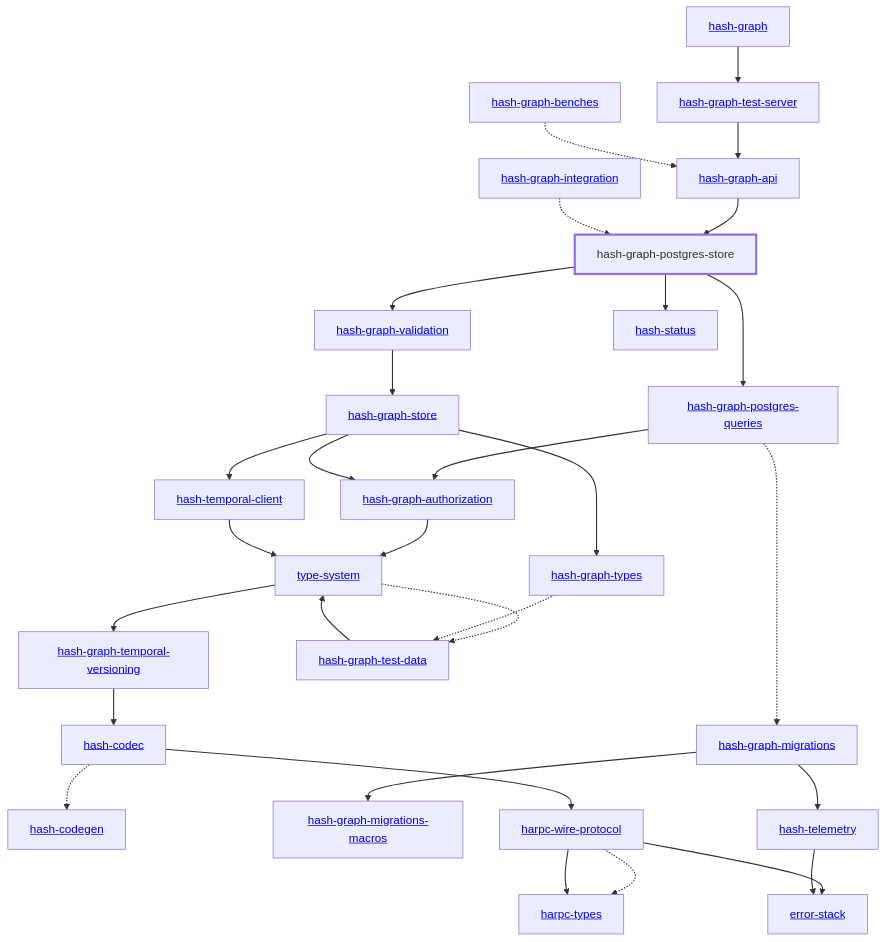
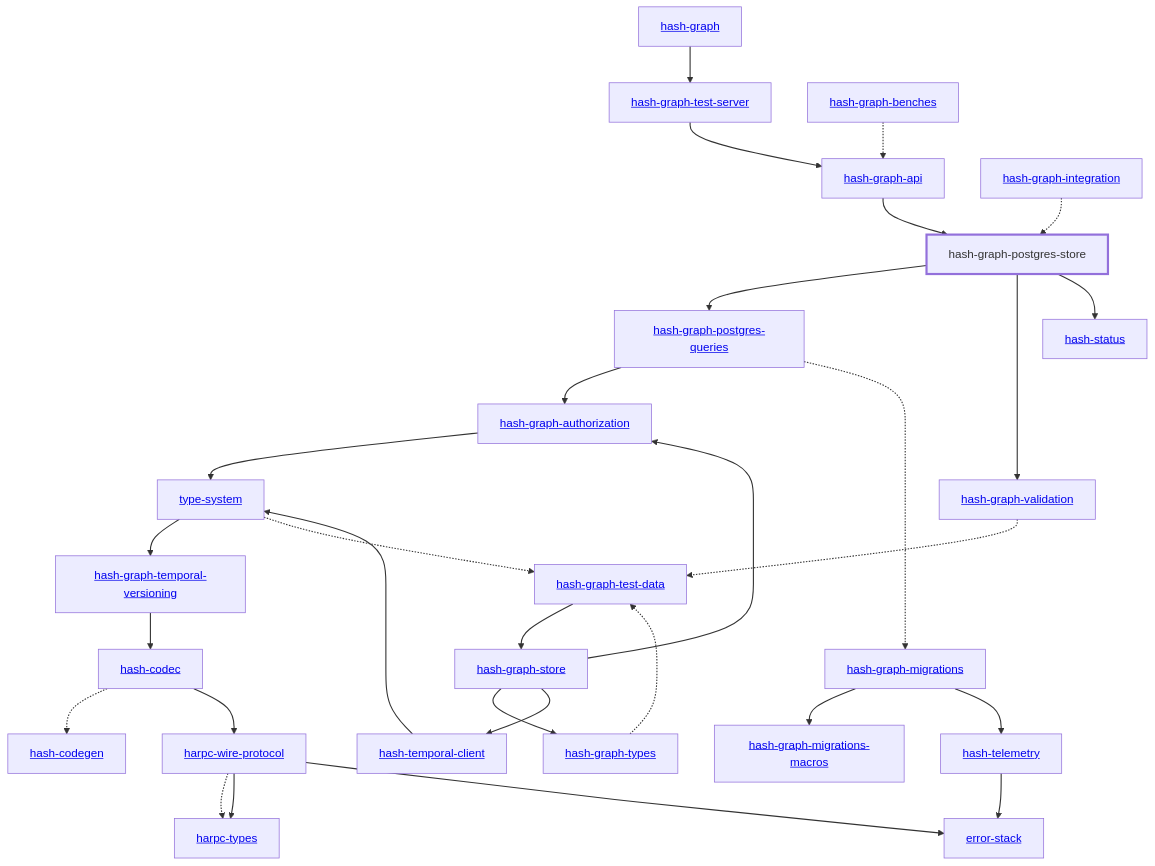
Before and after one commit to hashintel/hash: the diagram in libs/@local/graph/postgres-store/docs/dependency-diagram.mmd, drawn with Mermaid. The commit also changed 41 other files, not shown here.

```diff
--- a/libs/@local/graph/postgres-store/docs/dependency-diagram.mmd
+++ b/libs/@local/graph/postgres-store/docs/dependency-diagram.mmd
@@ -1,64 +1,64 @@
 graph TD
     linkStyle default stroke-width:1.5px
     classDef default stroke-width:1px
     classDef root stroke-width:3px
     classDef dev stroke-width:1px
     classDef build stroke-width:1px
     %% Legend
     %% --> : Normal dependency
     %% -.-> : Dev dependency
     %% ---> : Build dependency
     0[<a href="../hash_graph/index.html">hash-graph</a>]
     1[<a href="../type_system/index.html">type-system</a>]
     2[<a href="../hash_codec/index.html">hash-codec</a>]
     3[<a href="../hash_codegen/index.html">hash-codegen</a>]
     4[<a href="../hash_graph_api/index.html">hash-graph-api</a>]
     5[<a href="../hash_graph_authorization/index.html">hash-graph-authorization</a>]
     6[<a href="../hash_graph_migrations/index.html">hash-graph-migrations</a>]
     7[<a href="../hash_graph_migrations_macros/index.html">hash-graph-migrations-macros</a>]
     8[<a href="../hash_graph_postgres_queries/index.html">hash-graph-postgres-queries</a>]
     9[hash-graph-postgres-store]
     class 9 root
     10[<a href="../hash_graph_store/index.html">hash-graph-store</a>]
     11[<a href="../hash_graph_temporal_versioning/index.html">hash-graph-temporal-versioning</a>]
     12[<a href="../hash_graph_test_server/index.html">hash-graph-test-server</a>]
     13[<a href="../hash_graph_types/index.html">hash-graph-types</a>]
     14[<a href="../hash_graph_validation/index.html">hash-graph-validation</a>]
     15[<a href="../harpc_types/index.html">harpc-types</a>]
     16[<a href="../harpc_wire_protocol/index.html">harpc-wire-protocol</a>]
     17[<a href="../hash_status/index.html">hash-status</a>]
     18[<a href="../hash_telemetry/index.html">hash-telemetry</a>]
     19[<a href="../hash_temporal_client/index.html">hash-temporal-client</a>]
     20[<a href="../error_stack/index.html">error-stack</a>]
     21[<a href="../hash_graph_benches/index.html">hash-graph-benches</a>]
     22[<a href="../hash_graph_integration/index.html">hash-graph-integration</a>]
     23[<a href="../hash_graph_test_data/index.html">hash-graph-test-data</a>]
     0 --> 12
     1 --> 11
     1 -.-> 23
     2 -.-> 3
     2 --> 16
     4 --> 9
     5 --> 1
     6 --> 7
     6 --> 18
     8 --> 5
     8 -.-> 6
     9 --> 8
     9 --> 14
     9 --> 17
     10 --> 5
     10 --> 13
     10 --> 19
     11 --> 2
     12 --> 4
     13 -.-> 23
-    14 --> 10
+    14 -.-> 23
     16 -.-> 15
     16 --> 15
     16 --> 20
     18 --> 20
     19 --> 1
     21 -.-> 4
     22 -.-> 9
-    23 --> 1
+    23 --> 10
```
